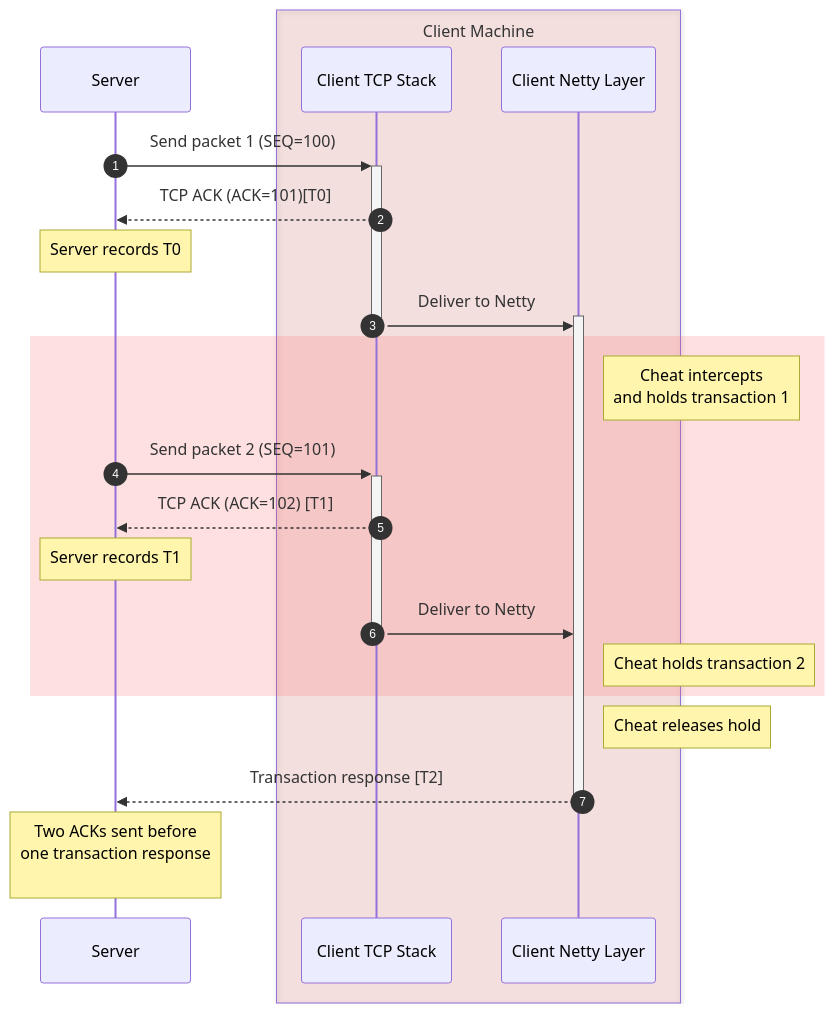
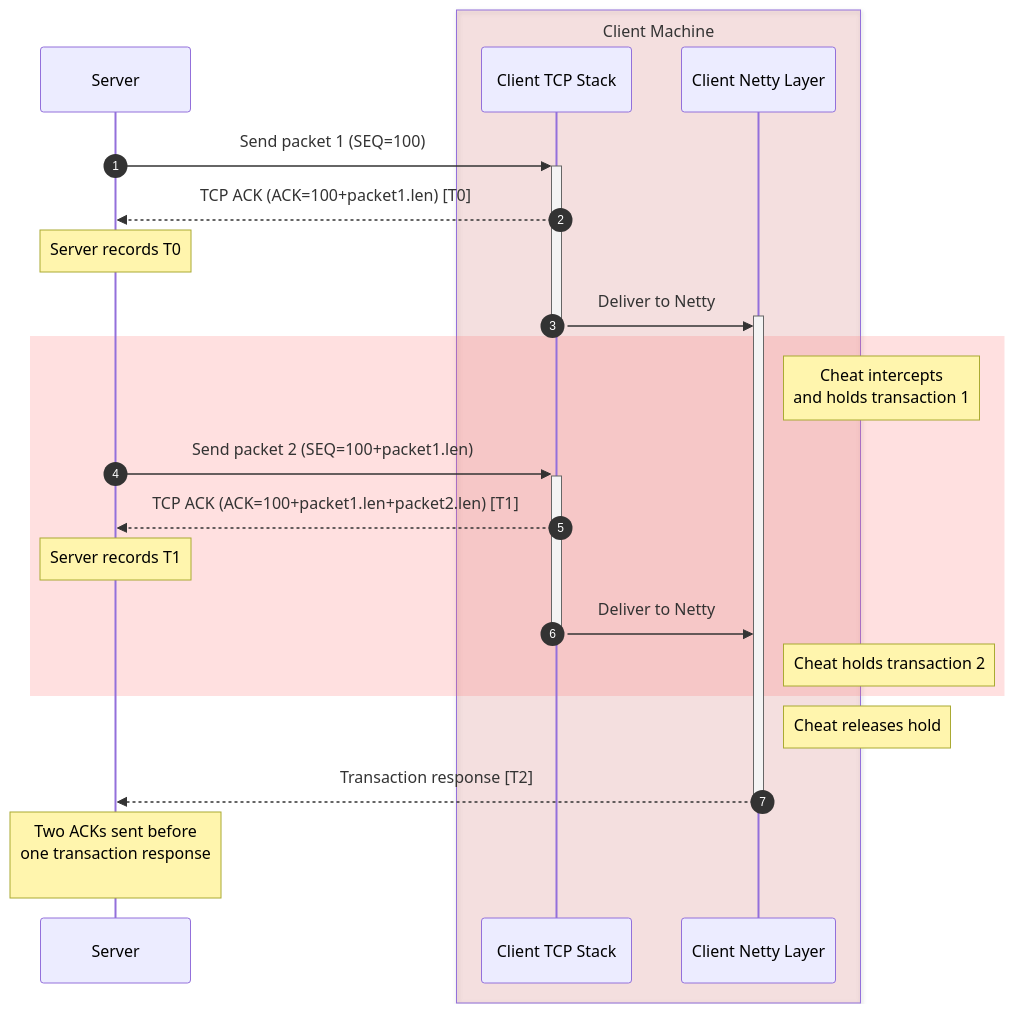
Before and after one commit to Briiqn/deterministic-lag-cheat-detection-theory: the second of 2 diagrams in README.md, drawn with Mermaid. The commit also changed other lines of this file, not shown here.

Commit message:
more accurate
i dont want people thinking its sequential like 100,101,102 as its not unless the packet is 1 byte.

````diff
--- a/README.md
+++ b/README.md
@@ -61,34 +61,34 @@
 ```mermaid
 sequenceDiagram
     autonumber
     participant S as Server
     
     box rgba(200, 0, 0, 0.1) Client Machine
         participant TCP as Client TCP Stack
         participant APP as Client Netty Layer
     end
 
     S->>+TCP: Send packet 1 (SEQ=100)
-    TCP-->>S: TCP ACK (ACK=101)[T0]
+    TCP-->>S: TCP ACK (ACK=100+packet1.len) [T0]
     Note over S: Server records T0
 
     TCP->>+APP: Deliver to Netty
     deactivate TCP
     
     rect rgba(255, 100, 100, 0.2)
     Note right of APP: Cheat intercepts<br/>and holds transaction 1
     
-    S->>+TCP: Send packet 2 (SEQ=101)
-    TCP-->>S: TCP ACK (ACK=102) [T1]
+    S->>+TCP: Send packet 2 (SEQ=100+packet1.len)
+    TCP-->>S: TCP ACK (ACK=100+packet1.len+packet2.len) [T1]
     Note over S: Server records T1
     
     TCP->>APP: Deliver to Netty
     deactivate TCP
     Note right of APP: Cheat holds transaction 2
     end
 
     Note right of APP: Cheat releases hold
     APP-->>-S: Transaction response [T2]
     
     Note over S: Two ACKs sent before<br/>one transaction response<br/>
 ```
````
